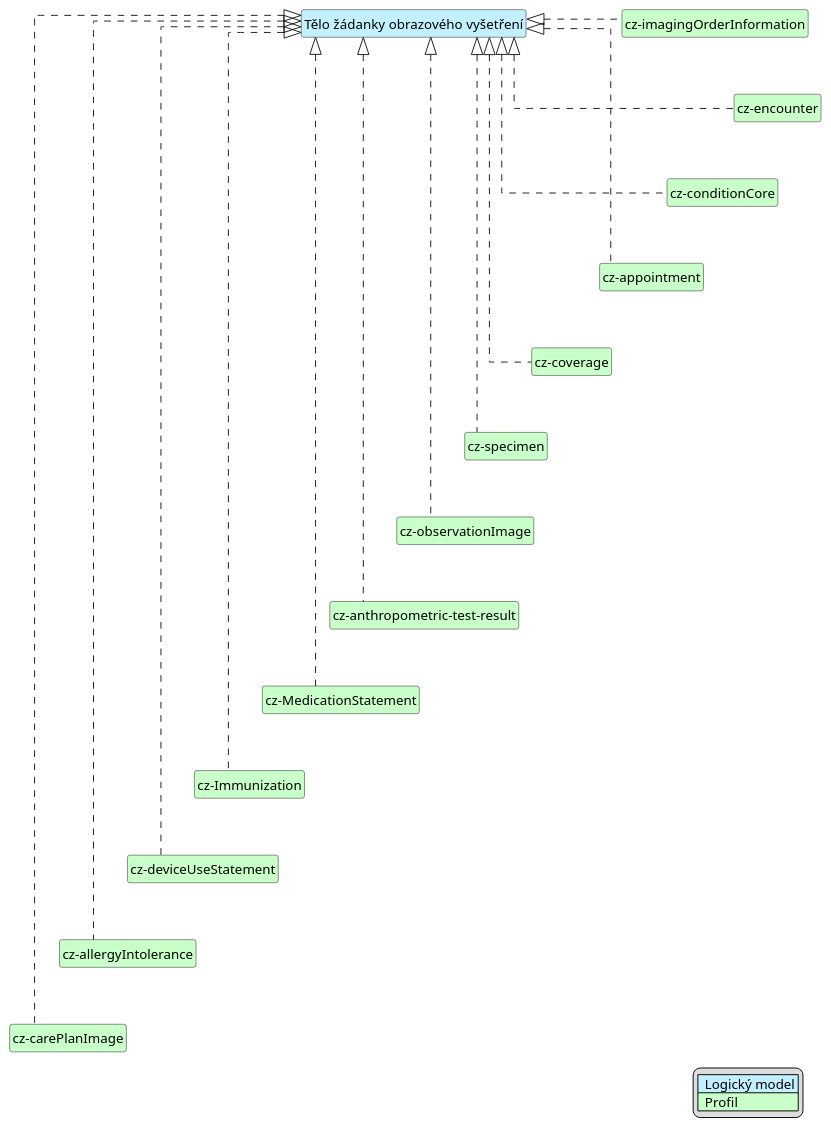
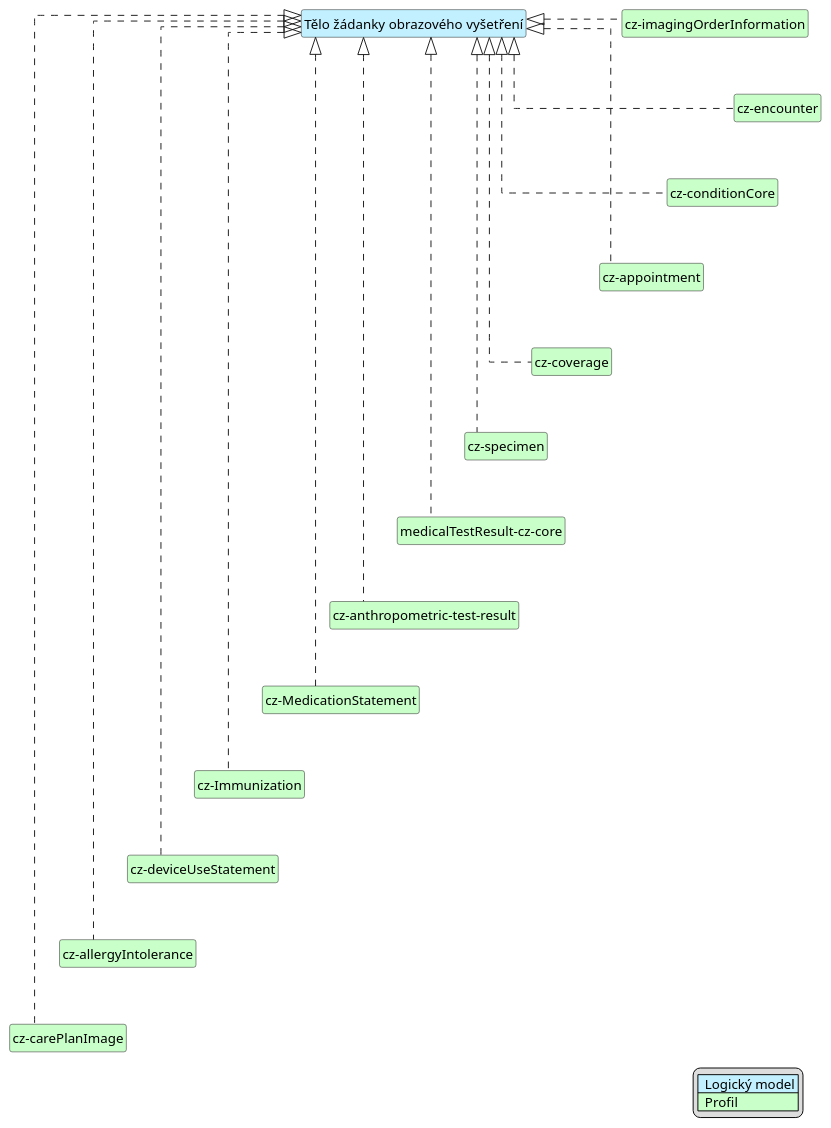
One commit to HL7-cz/img-order changed the diagram in input/images-source/imgOrderBody-map-cs.plantuml. Above: the diagram before and after it, drawn with PlantUML. The commit also changed 25 other files, not shown here.

```diff
--- a/input/images-source/imgOrderBody-map-cs.plantuml
+++ b/input/images-source/imgOrderBody-map-cs.plantuml
@@ -1,58 +1,58 @@
 @startuml
 hide circle
 hide stereotype
 hide members
 hide methods
 skinparam linetype ortho
 skinparam class {
 BackgroundColor<<LogicalModel>> #APPLICATION
 BackgroundColor<<Profile>> #TECHNOLOGY
 }
 legend right
 | <#APPLICATION>  Logický model |
 | <#TECHNOLOGY>  Profil |
 endlegend
 class "Tělo žádanky obrazového vyšetření" <<LogicalModel>> [[StructureDefinition-BodyImageOrderCz.html]]
 
 class "cz-imagingOrderInformation" <<Profile>> [[StructureDefinition-cz-imagingOrderInformation.html]]
 class "cz-conditionCore" <<Profile>> [[https://hl7.cz/fhir/core/StructureDefinition-condition-cz-core.html]]
 class "cz-encounter" <<Profile>> [[https://hl7.cz/fhir/core/StructureDefinition-cz-encounter.html]]
 class "cz-coverage" <<Profile>> [[https://hl7.cz/fhir/core/StructureDefinition-cz-coverage.html]]
 class "cz-appointment" <<Profile>> [[https://hl7.cz/fhir/core/StructureDefinition-appointment-cz-core.html]]
 class "cz-specimen" <<Profile>> [[https://hl7.cz/fhir/core/StructureDefinition-cz-specimen.html]]
-class "cz-observationImage" <<Profile>> [[StructureDefinition-cz-observationImage.html]]
+class "medicalTestResult-cz-core" <<Profile>> [[https://hl7.cz/fhir/core/StructureDefinition-medicalTestResult-cz-core.html]]
 class "cz-anthropometric-test-result" <<Profile>> [[StructureDefinition-cz-anthropometric-test-result.html]]
 class "cz-MedicationStatement" <<Profile>> [[https://hl7.cz/fhir/core/StructureDefinition-medicationStatement-cz-core.html]]
 class "cz-Immunization" <<Profile>> [[https://hl7.cz/fhir/core/StructureDefinition-immunization-cz-core.html]]
 class "cz-deviceUseStatement" <<Profile>> [[StructureDefinition-cz-deviceUseStatement.html]]
 class "cz-allergyIntolerance" <<Profile>> [[https://hl7.cz/fhir/core/StructureDefinition-allergyIntolerance-cz-core.html]]
 class "cz-carePlanImage" <<Profile>> [[https://hl7.cz/fhir/core/StructureDefinition-carePlan-cz-core.html]]
 
 "Tělo žádanky obrazového vyšetření" <|. "cz-imagingOrderInformation"
 "Tělo žádanky obrazového vyšetření" <|. "cz-appointment"
 "Tělo žádanky obrazového vyšetření" <|. "cz-coverage"
 "Tělo žádanky obrazového vyšetření" <|. "cz-conditionCore"
 "Tělo žádanky obrazového vyšetření" <|. "cz-encounter"
 "Tělo žádanky obrazového vyšetření" <|. "cz-specimen"
-"Tělo žádanky obrazového vyšetření" <|. "cz-observationImage"
+"Tělo žádanky obrazového vyšetření" <|. "medicalTestResult-cz-core"
 "Tělo žádanky obrazového vyšetření" <|. "cz-anthropometric-test-result"
 "Tělo žádanky obrazového vyšetření" <|. "cz-MedicationStatement"
 "Tělo žádanky obrazového vyšetření" <|. "cz-Immunization"
 "Tělo žádanky obrazového vyšetření" <|. "cz-deviceUseStatement"
 "Tělo žádanky obrazového vyšetření" <|. "cz-allergyIntolerance"
 "Tělo žádanky obrazového vyšetření" <|. "cz-carePlanImage"
 
 "cz-imagingOrderInformation" -d[hidden]-> "cz-encounter"
 "cz-encounter" -d[hidden]-> "cz-conditionCore"
 "cz-conditionCore" -d[hidden]-> "cz-appointment"
 "cz-appointment" -d[hidden]-> "cz-coverage"
 "cz-coverage" -d[hidden]-> "cz-specimen"
-"cz-specimen" -d[hidden]-> "cz-observationImage"
-"cz-observationImage" -d[hidden]-> "cz-anthropometric-test-result"
+"cz-specimen" -d[hidden]-> "medicalTestResult-cz-core"
+"medicalTestResult-cz-core" -d[hidden]-> "cz-anthropometric-test-result"
 "cz-anthropometric-test-result" -d[hidden]-> "cz-MedicationStatement"
 "cz-MedicationStatement" -d[hidden]-> "cz-Immunization"
 "cz-Immunization" -d[hidden]-> "cz-deviceUseStatement"
 "cz-deviceUseStatement" -d[hidden]-> "cz-allergyIntolerance"
 "cz-allergyIntolerance" -d[hidden]-> "cz-carePlanImage"
 
 @enduml
```
